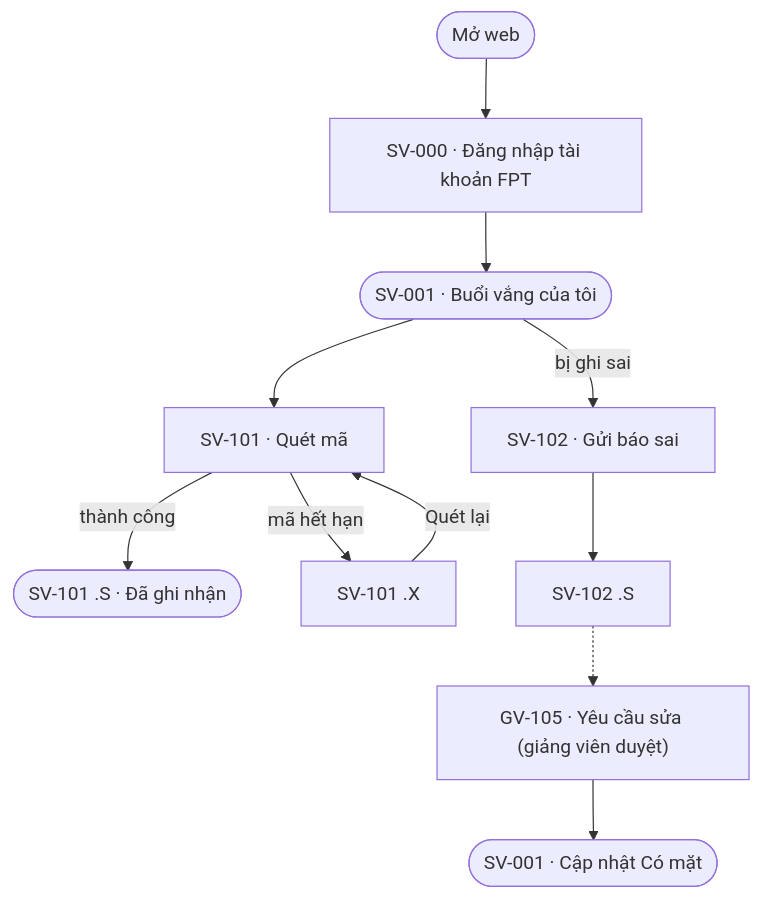
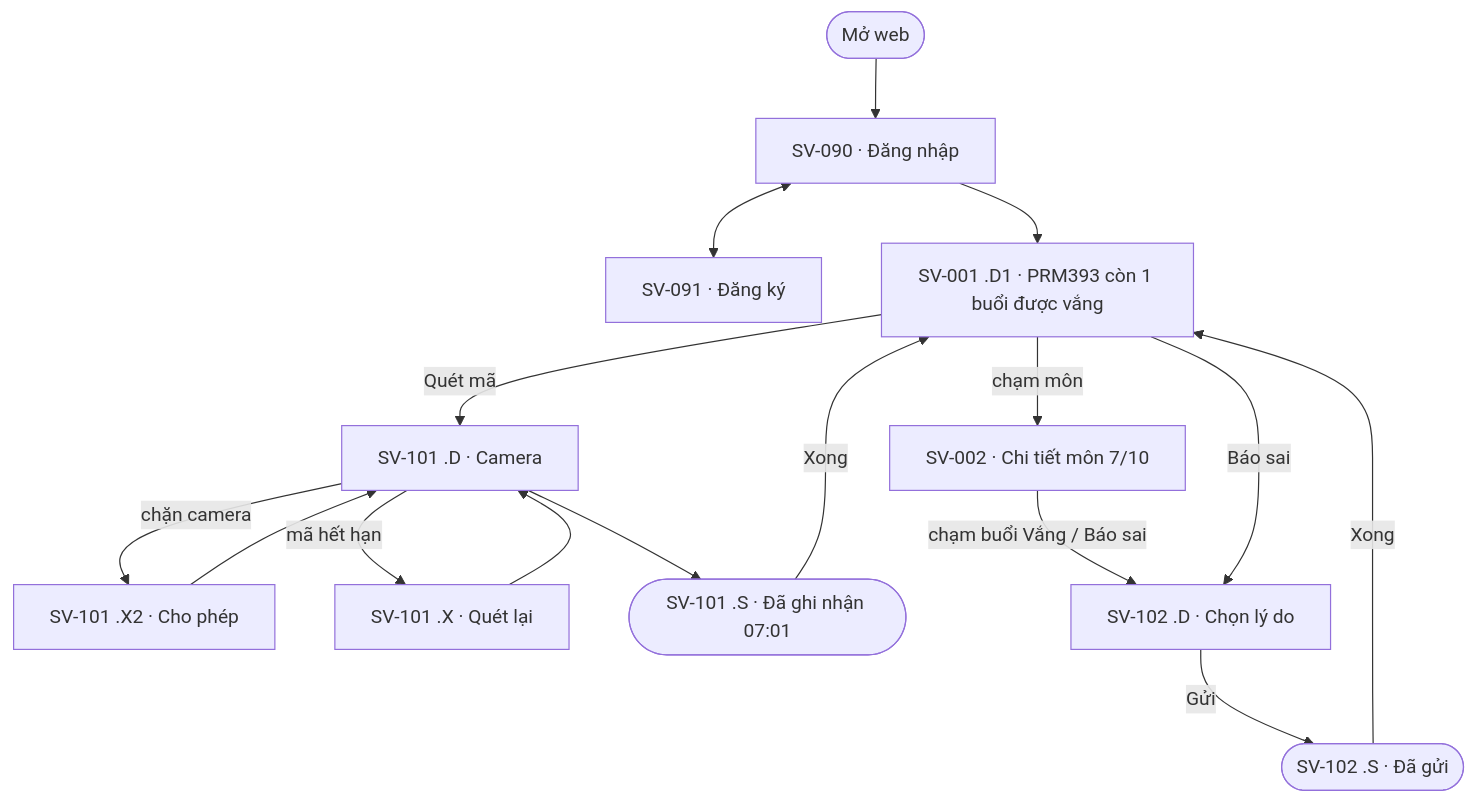
The sixth of 7 diagrams in ux/user-flow.md (thiengthb/prm323-lab2-SE190533), drawn with Mermaid before and after one commit. The commit also changed other lines of this file and 4 other files, not shown here.

Commit message:
Tài liệu Lab 2 khớp Final UI: user-flow v1.0, screen-spec v2.0, handoff v2.0, DESIGN v3.1

````diff
--- a/ux/user-flow.md
+++ b/ux/user-flow.md
@@ -180,10 +188,14 @@
 ```mermaid
 flowchart TD
-    S(["Mở web"]) --> L["SV-000 · Đăng nhập tài khoản FPT"] --> A
-    A(["SV-001 · Buổi vắng của tôi"]) --> B["SV-101 · Quét mã"]
-    B -->|"thành công"| C(["SV-101 .S · Đã ghi nhận"])
-    B -->|"mã hết hạn"| X["SV-101 .X"] -->|"Quét lại"| B
-    A -->|"bị ghi sai"| D["SV-102 · Gửi báo sai"] --> E["SV-102 .S"]
-    E -.-> F["GV-105 · Yêu cầu sửa (giảng viên duyệt)"]
-    F --> G(["SV-001 · Cập nhật Có mặt"])
+    A(["Mở web"]) --> L["SV-090 · Đăng nhập"]
+    L <--> R["SV-091 · Đăng ký"]
+    L --> H["SV-001 .D1 · PRM393 còn 1 buổi được vắng"]
+    H -->|"Quét mã"| Q["SV-101 .D · Camera"]
+    Q -->|"chặn camera"| QX2["SV-101 .X2 · Cho phép"] --> Q
+    Q -->|"mã hết hạn"| QX["SV-101 .X · Quét lại"] --> Q
+    Q --> QS(["SV-101 .S · Đã ghi nhận 07:01"]) -->|"Xong"| H
+    H -->|"chạm môn"| M["SV-002 · Chi tiết môn 7/10"]
+    M -->|"chạm buổi Vắng / Báo sai"| B["SV-102 .D · Chọn lý do"]
+    H -->|"Báo sai"| B
+    B -->|"Gửi"| BS(["SV-102 .S · Đã gửi"]) -->|"Xong"| H
 ```
````
